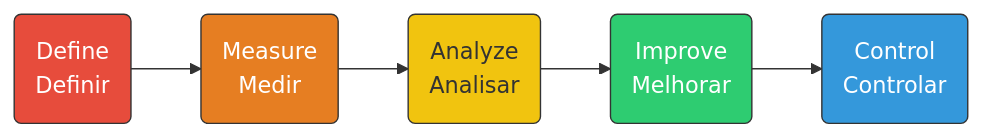
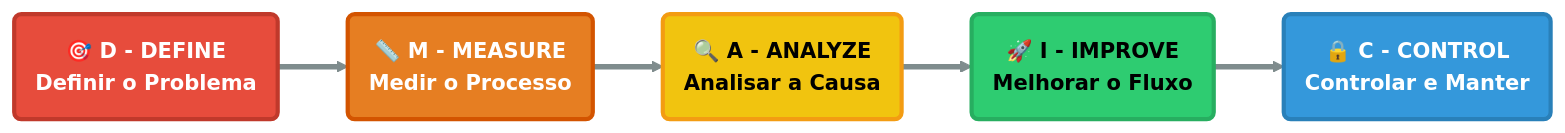
One commit to rafasfer2/MiningAnalyticsBook changed the fourth of 10 diagrams in chapters/cap2-modelos-gestao.qmd. Above: the diagram before and after it, drawn with Mermaid. The commit also changed other lines of this file and 110 other files, not shown here.

````diff
--- a/chapters/cap2-modelos-gestao.qmd
+++ b/chapters/cap2-modelos-gestao.qmd
@@ -421,15 +463,32 @@
 ```{mermaid}
 %%| label: fig-dmaic-fluxo-seis-sigma
-%%| fig-cap: "O Fluxo DMAIC do Seis Sigma"
-graph LR
-   D(Define<br/>Definir) --> M(Measure<br/>Medir)
-   M --> A(Analyze<br/>Analisar)
-   A --> I(Improve<br/>Melhorar)
-   I --> C(Control<br/>Controlar)
+%%| fig-cap: "O Roteiro DMAIC: Metodologia de Solução de Problemas do Seis Sigma"
+flowchart LR
 
-   style D fill:#e74c3c,stroke:#333,color:#fff
-   style M fill:#e67e22,stroke:#333,color:#fff
-   style A fill:#f1c40f,stroke:#333
-   style I fill:#2ecc71,stroke:#333,color:#fff
-   style C fill:#3498db,stroke:#333,color:#fff
+    %% --- CONFIGURAÇÃO DE ESTILOS (Letras grandes e contraste ajustado) ---
+    classDef defStyle fill:#e74c3c,stroke:#c0392b,stroke-width:3px,color:#ffffff,font-size:15px,font-weight:bold
+    classDef meaStyle fill:#e67e22,stroke:#d35400,stroke-width:3px,color:#ffffff,font-size:15px,font-weight:bold
+    classDef anaStyle fill:#f1c40f,stroke:#f39c12,stroke-width:3px,color:#000000,font-size:15px,font-weight:bold
+    classDef impStyle fill:#2ecc71,stroke:#27ae60,stroke-width:3px,color:#000000,font-size:15px,font-weight:bold
+    classDef ctrStyle fill:#3498db,stroke:#2980b9,stroke-width:3px,color:#ffffff,font-size:15px,font-weight:bold
+
+    %% --- ESTRUTURA DOS NÓS (Com a função de cada etapa) ---
+    D("🎯 D - DEFINE<br>Definir o Problema")
+    M("📏 M - MEASURE<br>Medir o Processo")
+    A("🔍 A - ANALYZE<br>Analisar a Causa")
+    I("🚀 I - IMPROVE<br>Melhorar o Fluxo")
+    C("🔒 C - CONTROL<br>Controlar e Manter")
+
+    %% --- CONEXÕES (Fluxo do Roteiro) ---
+    D ==> M ==> A ==> I ==> C
+
+    %% Engrossando a linha de avanço
+    linkStyle default stroke:#7f8c8d,stroke-width:4px
+
+    %% --- APLICAÇÃO DOS ESTILOS ---
+    class D defStyle;
+    class M meaStyle;
+    class A anaStyle;
+    class I impStyle;
+    class C ctrStyle;
 ```
````
